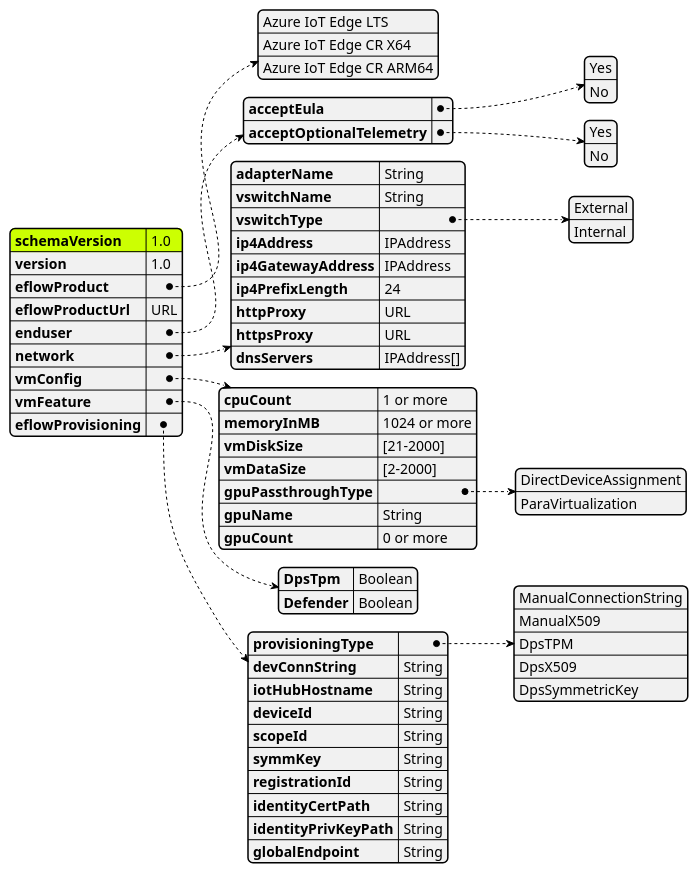
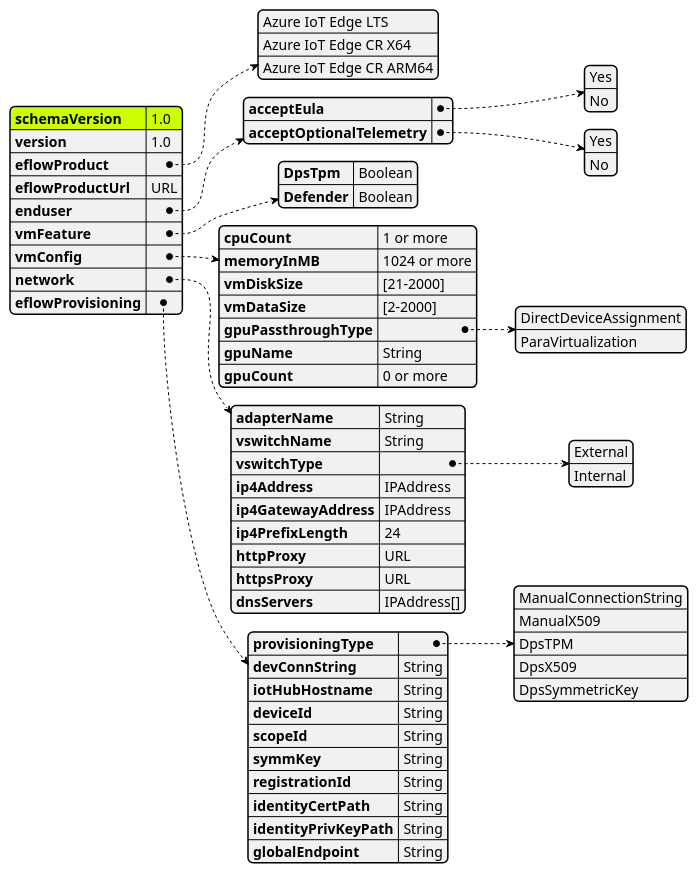
Before and after one commit to Azure/iotedge-eflow: the diagram in eflowautodeploy/eflow-userconfig.puml, drawn with PlantUML. The commit also changed 3 other files, not shown here.

```diff
--- a/eflowautodeploy/eflow-userconfig.puml
+++ b/eflowautodeploy/eflow-userconfig.puml
@@ -1,73 +1,73 @@
 @startjson eflowAutoDeploy
 <style>
 jsonDiagram {
   node {
-    FontName Segoe UI
+    FontName Segoe UI SemiBold
     FontColor blue
     FontSize 14
     RoundCorner 10
     LineThickness 1
     separator {
       LineThickness 0.25
       LineColor black
     }
   }
   arrow {
     LineColor blue
     LineThickness 1
     LineStyle 2;5
   }
   highlight {
       BackgroundColor Blue
       FontColor White
   }
 }
 </style>
 #highlight "schemaVersion"
 {
     "schemaVersion":"1.0",
     "version":"1.0",
     "eflowProduct" :["Azure IoT Edge LTS", "Azure IoT Edge CR X64","Azure IoT Edge CR ARM64"],
     "eflowProductUrl" : "URL",
     "enduser":{
         "acceptEula" : ["Yes","No"],
         "acceptOptionalTelemetry" : ["Yes","No"]
     },
+    "vmFeature":{
+        "DpsTpm": "Boolean",
+        "Defender": "Boolean"
+    },
+    "vmConfig":{
+        "cpuCount" : "1 or more",
+        "memoryInMB" : "1024 or more",
+        "vmDiskSize" : "[21-2000]",
+        "vmDataSize" : "[2-2000]",
+        "gpuPassthroughType" : ["DirectDeviceAssignment", "ParaVirtualization"],
+        "gpuName" : "String",
+        "gpuCount" : "0 or more"
+    },
     "network":{
         "adapterName": "String",
         "vswitchName" : "String",
         "vswitchType" : ["External", "Internal"],
         "ip4Address": "IPAddress",
         "ip4GatewayAddress": "IPAddress",
         "ip4PrefixLength" : "24",
         "httpProxy":"URL",
         "httpsProxy":"URL",
         "dnsServers":"IPAddress[]"
-    },
-    "vmConfig":{
-        "cpuCount" : "1 or more",
-        "memoryInMB" : "1024 or more",
-        "vmDiskSize" : "[21-2000]",
-        "vmDataSize" : "[2-2000]",
-        "gpuPassthroughType" : ["DirectDeviceAssignment", "ParaVirtualization"],
-        "gpuName" : "String",
-        "gpuCount" : "0 or more"
-    },
-    "vmFeature":{
-        "DpsTpm": "Boolean",
-        "Defender": "Boolean"
     },
     "eflowProvisioning":{
         "provisioningType" : ["ManualConnectionString","ManualX509","DpsTPM","DpsX509","DpsSymmetricKey"],
         "devConnString" : "String",
         "iotHubHostname" : "String",
         "deviceId" : "String",
         "scopeId" : "String",
         "symmKey": "String",
         "registrationId" : "String",
         "identityCertPath" : "String",
         "identityPrivKeyPath" : "String",
         "globalEndpoint" : "String"
     }
 }
 @endjson
```
